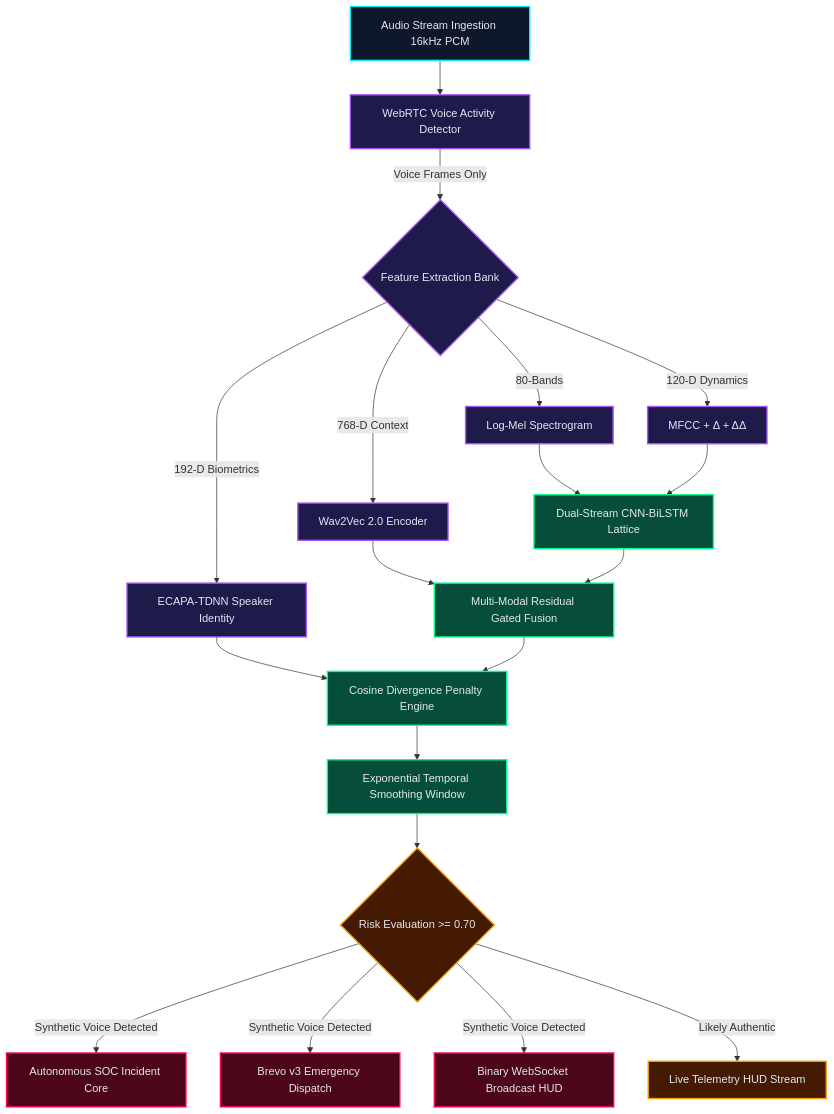
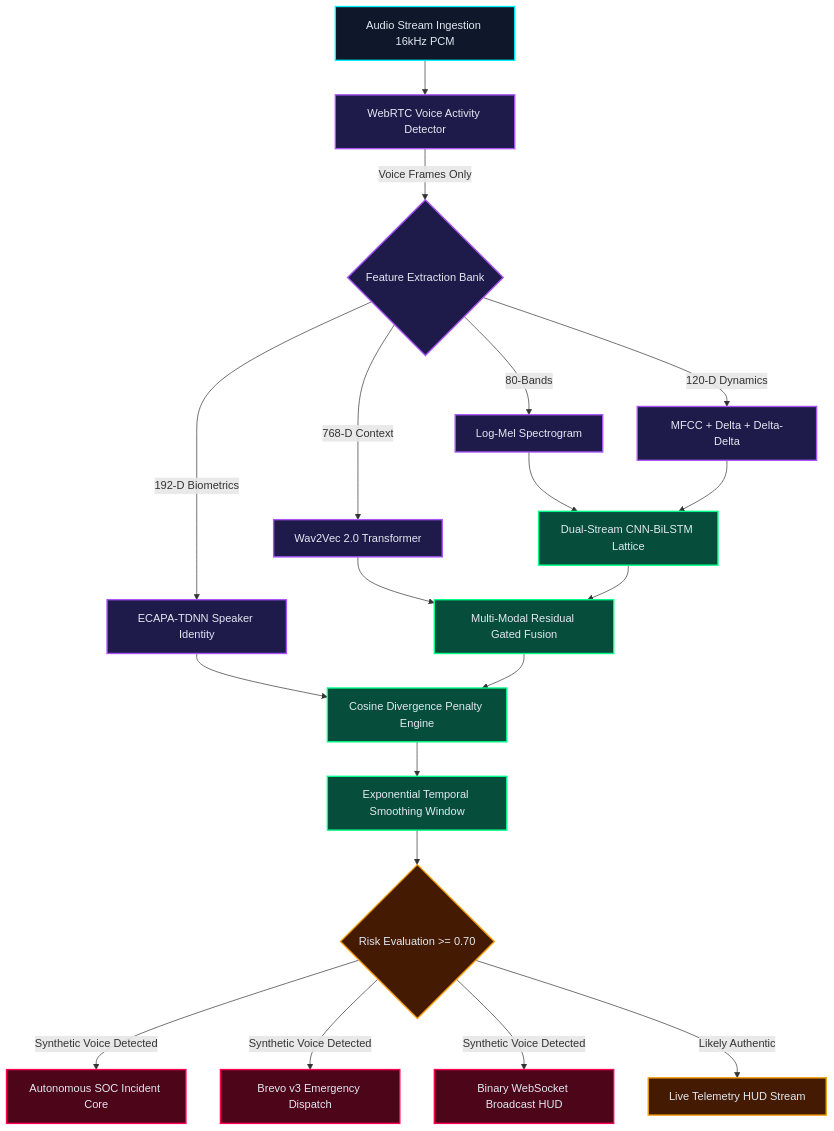
The first of 3 diagrams in README.md (Arthur-2407/CyberGuard), drawn with Mermaid before and after one commit. The commit also changed other lines of this file and 217 other files, not shown here.

````diff
--- a/README.md
+++ b/README.md
@@ -178,33 +366,33 @@
 ```mermaid
 flowchart TD
     %% Styling
     classDef input fill:#0f172a,stroke:#00f0ff,stroke-width:2px,color:#e2e8f0;
     classDef dsp fill:#1e1b4b,stroke:#a855f7,stroke-width:2px,color:#e2e8f0;
     classDef neural fill:#064e3b,stroke:#00ff88,stroke-width:2px,color:#e2e8f0;
     classDef threat fill:#4c0519,stroke:#ff0055,stroke-width:2px,color:#e2e8f0;
     classDef output fill:#451a03,stroke:#f59e0b,stroke-width:2px,color:#e2e8f0;
 
-    RAW[Audio Stream Ingestion 16kHz PCM]:::input --> VAD[WebRTC Voice Activity Detector]:::dsp
-    VAD -->|Voice Frames Only| FB{Feature Extraction Bank}:::dsp
+    RAW["Audio Stream Ingestion 16kHz PCM"]:::input --> VAD["WebRTC Voice Activity Detector"]:::dsp
+    VAD -->|"Voice Frames Only"| FB{"Feature Extraction Bank"}:::dsp
     
-    FB -->|80-Bands| MEL[Log-Mel Spectrogram]:::dsp
-    FB -->|120-D Dynamics| MFCC[MFCC + Δ + ΔΔ]:::dsp
-    FB -->|768-D Context| W2V[Wav2Vec 2.0 Encoder]:::dsp
-    FB -->|192-D Biometrics| ECAPA[ECAPA-TDNN Speaker Identity]:::dsp
+    FB -->|"80-Bands"| MEL["Log-Mel Spectrogram"]:::dsp
+    FB -->|"120-D Dynamics"| MFCC["MFCC + Delta + Delta-Delta"]:::dsp
+    FB -->|"768-D Context"| W2V["Wav2Vec 2.0 Transformer"]:::dsp
+    FB -->|"192-D Biometrics"| ECAPA["ECAPA-TDNN Speaker Identity"]:::dsp
 
-    MEL --> CNN_LSTM[Dual-Stream CNN-BiLSTM Lattice]:::neural
+    MEL --> CNN_LSTM["Dual-Stream CNN-BiLSTM Lattice"]:::neural
     MFCC --> CNN_LSTM
-    W2V --> FUSION[Multi-Modal Residual Gated Fusion]:::neural
+    W2V --> FUSION["Multi-Modal Residual Gated Fusion"]:::neural
     CNN_LSTM --> FUSION
     
-    ECAPA --> COSINE[Cosine Divergence Penalty Engine]:::neural
+    ECAPA --> COSINE["Cosine Divergence Penalty Engine"]:::neural
     FUSION --> COSINE
     
-    COSINE --> RISK[Exponential Temporal Smoothing Window]:::neural
-    RISK --> DECISION{Risk Evaluation >= 0.70}:::output
+    COSINE --> RISK["Exponential Temporal Smoothing Window"]:::neural
+    RISK --> DECISION{"Risk Evaluation >= 0.70"}:::output
 
-    DECISION -->|Synthetic Voice Detected| SOC_INC[Autonomous SOC Incident Core]:::threat
-    DECISION -->|Synthetic Voice Detected| BREVO[Brevo v3 Emergency Dispatch]:::threat
-    DECISION -->|Synthetic Voice Detected| WS_ALERT[Binary WebSocket Broadcast HUD]:::threat
-    DECISION -->|Likely Authentic| HUD[Live Telemetry HUD Stream]:::output
+    DECISION -->|"Synthetic Voice Detected"| SOC_INC["Autonomous SOC Incident Core"]:::threat
+    DECISION -->|"Synthetic Voice Detected"| BREVO["Brevo v3 Emergency Dispatch"]:::threat
+    DECISION -->|"Synthetic Voice Detected"| WS_ALERT["Binary WebSocket Broadcast HUD"]:::threat
+    DECISION -->|"Likely Authentic"| HUD["Live Telemetry HUD Stream"]:::output
 ```
````
